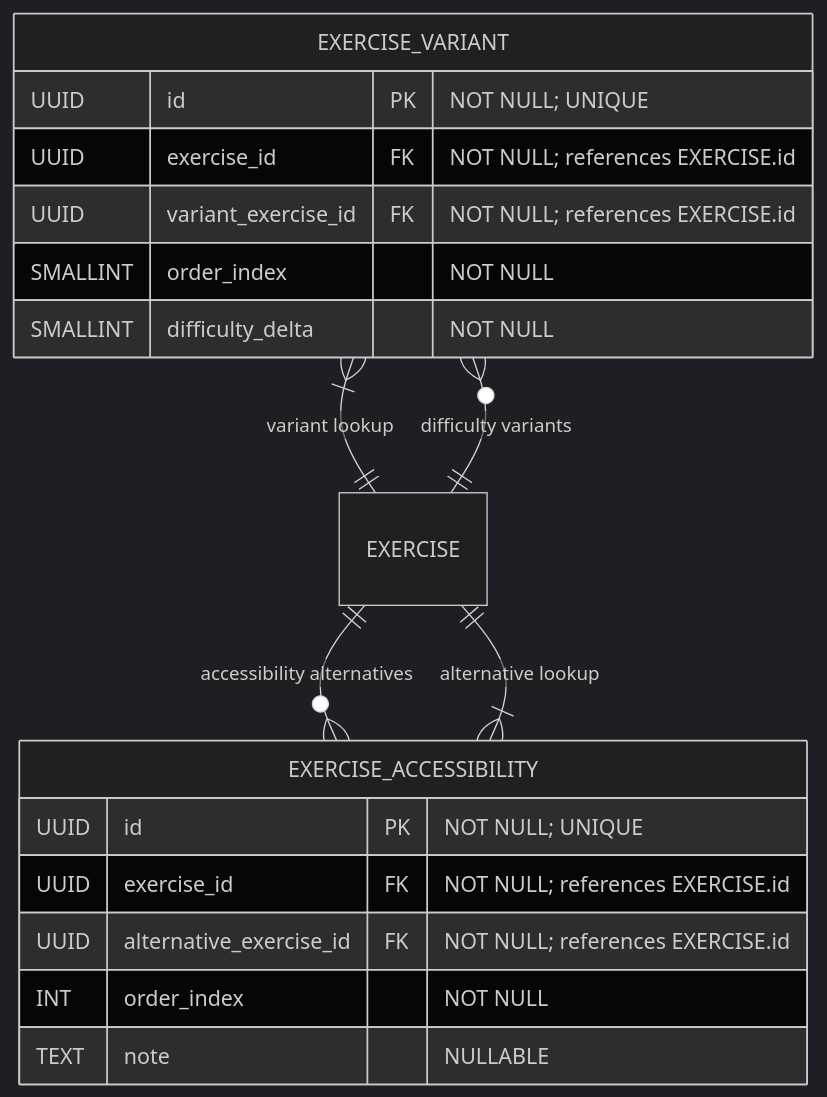
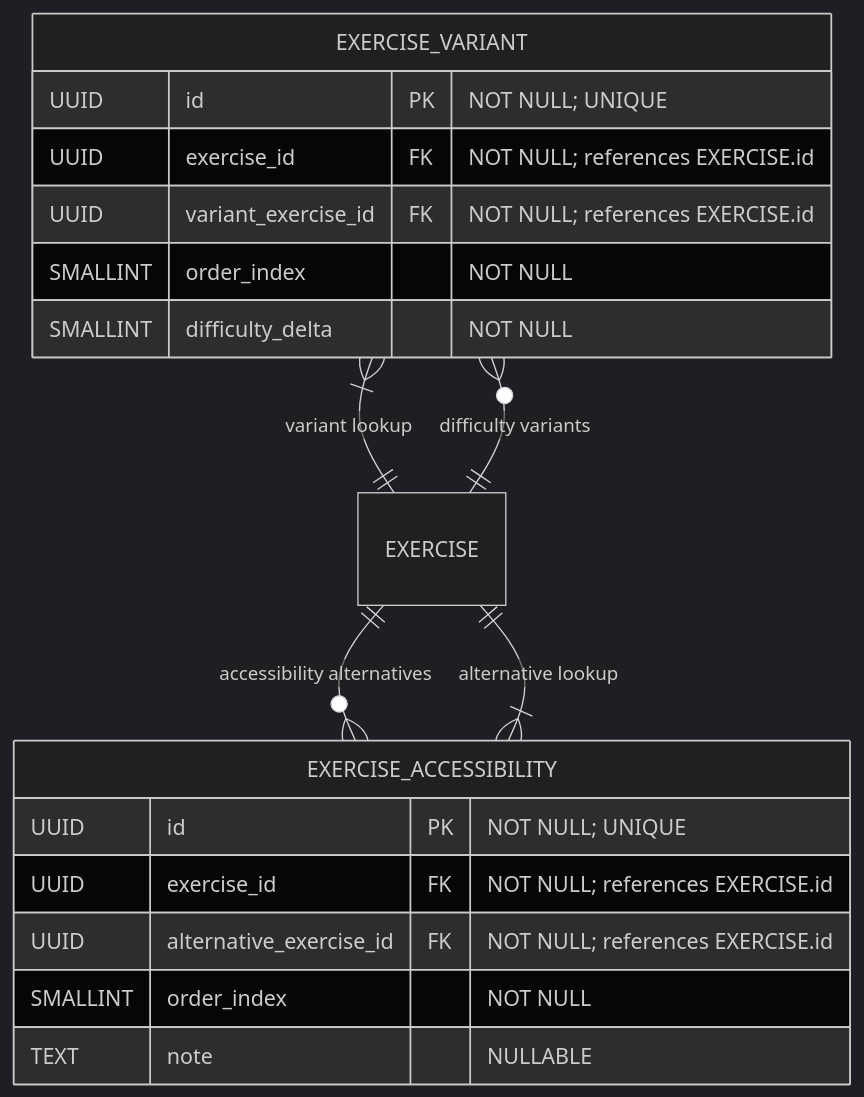
One commit to Dratharias/Motriforge changed the diagram in docs/exercise/composition_variants_accessibility.md. Above: the diagram before and after it, drawn with Mermaid (dark theme). The commit also changed 31 other files, not shown here.

````diff
--- a/docs/exercise/composition_variants_accessibility.md
+++ b/docs/exercise/composition_variants_accessibility.md
@@ -8,29 +8,29 @@
 ```mermaid
 erDiagram
   %%===============================================
   %% Layer 2: Exercise Variants & Accessibility
   %%===============================================
 
   EXERCISE_VARIANT {
     UUID id PK                         "NOT NULL; UNIQUE"
     UUID exercise_id FK                "NOT NULL; references EXERCISE.id"
     UUID variant_exercise_id FK        "NOT NULL; references EXERCISE.id"
     SMALLINT order_index               "NOT NULL"
     SMALLINT difficulty_delta          "NOT NULL"
   }
 
   EXERCISE_ACCESSIBILITY {
     UUID id PK                         "NOT NULL; UNIQUE"
     UUID exercise_id FK                "NOT NULL; references EXERCISE.id"
     UUID alternative_exercise_id FK     "NOT NULL; references EXERCISE.id"
-    INT order_index                    "NOT NULL"
+    SMALLINT order_index                    "NOT NULL"
     TEXT note                          "NULLABLE"
   }
 
   %%— Relationships in Layer 2 —
   EXERCISE         ||--o{ EXERCISE_VARIANT      : "difficulty variants"
   EXERCISE         ||--o{ EXERCISE_ACCESSIBILITY : "accessibility alternatives"
   EXERCISE_VARIANT }|--|| EXERCISE              : "variant lookup"
   EXERCISE_ACCESSIBILITY }|--|| EXERCISE         : "alternative lookup"
 
 ```
````
